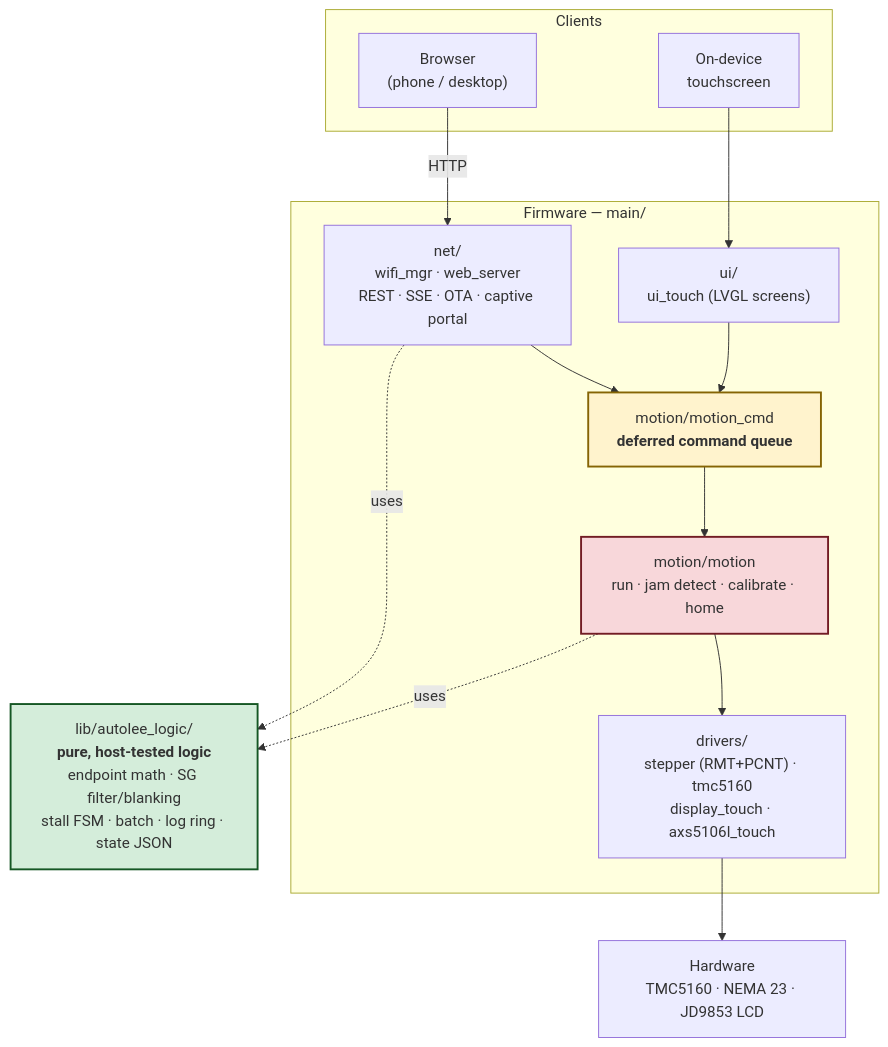
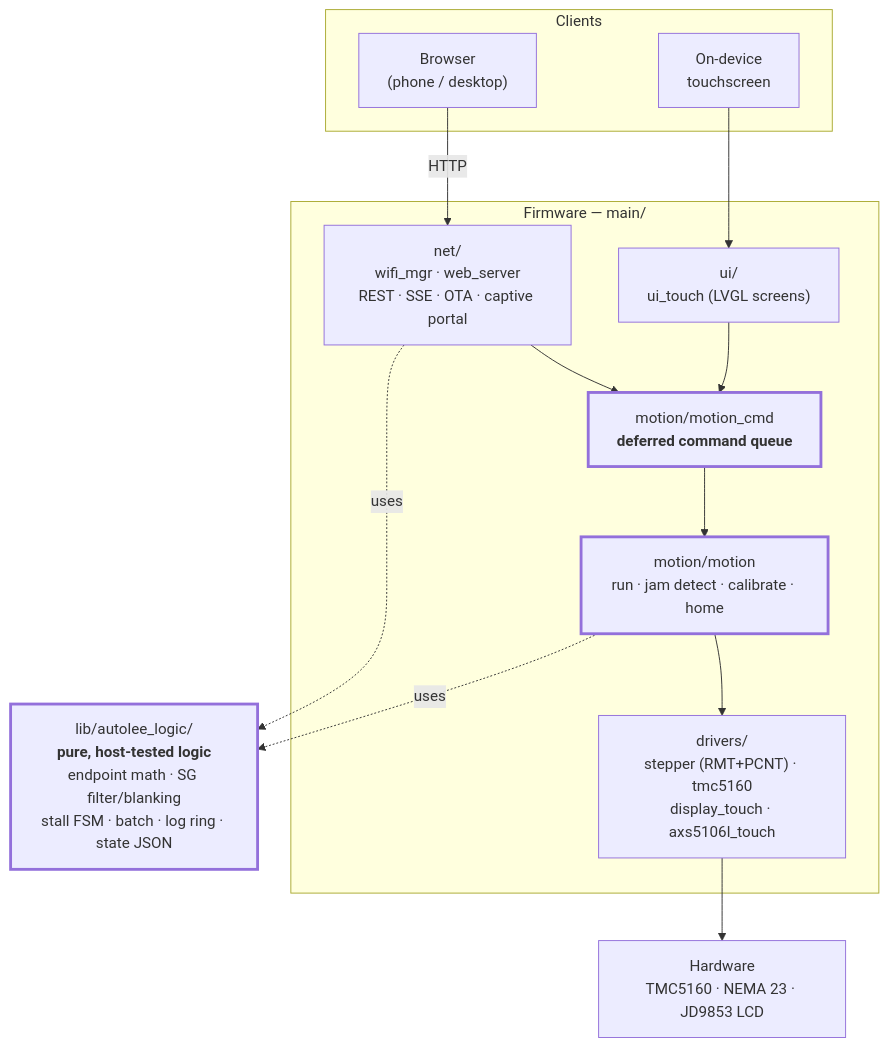
One commit to jimisola/AutoLee changed the first of 5 diagrams in docs/ARCHITECTURE.md. Above: the diagram before and after it, drawn with Mermaid. The commit also changed other lines of this file and 3 other files, not shown here.

````diff
--- a/docs/ARCHITECTURE.md
+++ b/docs/ARCHITECTURE.md
@@ -15,33 +15,33 @@
 ```mermaid
 flowchart TB
     subgraph clients["Clients"]
         BROWSER["Browser<br/>(phone / desktop)"]
         TOUCH["On-device<br/>touchscreen"]
     end
 
     subgraph fw["Firmware — main/"]
         NET["net/<br/>wifi_mgr · web_server<br/>REST · SSE · OTA · captive portal"]
         UI["ui/<br/>ui_touch (LVGL screens)"]
         CMD["motion/motion_cmd<br/><b>deferred command queue</b>"]
         MOTION["motion/motion<br/>run · jam detect · calibrate · home"]
         DRV["drivers/<br/>stepper (RMT+PCNT) · tmc5160<br/>display_touch · axs5106l_touch"]
     end
 
     CORE["lib/autolee_logic/<br/><b>pure, host-tested logic</b><br/>endpoint math · SG filter/blanking<br/>stall FSM · batch · log ring · state JSON"]
     HW["Hardware<br/>TMC5160 · NEMA 23 · JD9853 LCD"]
 
     BROWSER -->|HTTP| NET
     TOUCH --> UI
     NET --> CMD
     UI --> CMD
     CMD --> MOTION
     MOTION --> DRV
     DRV --> HW
 
     MOTION -.uses.-> CORE
     NET -.uses.-> CORE
 
-    style CMD fill:#fff3cd,stroke:#856404,stroke-width:2px
-    style CORE fill:#d4edda,stroke:#155724,stroke-width:2px
-    style MOTION fill:#f8d7da,stroke:#721c24,stroke-width:2px
+    style CMD stroke-width:3px
+    style CORE stroke-width:3px
+    style MOTION stroke-width:3px
 ```
````
